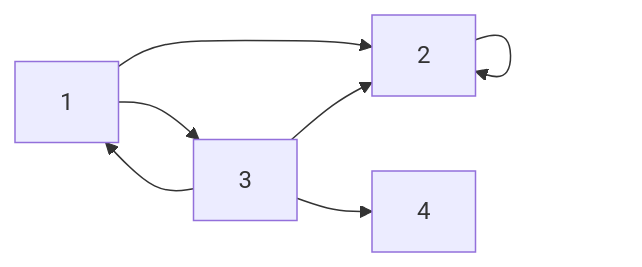
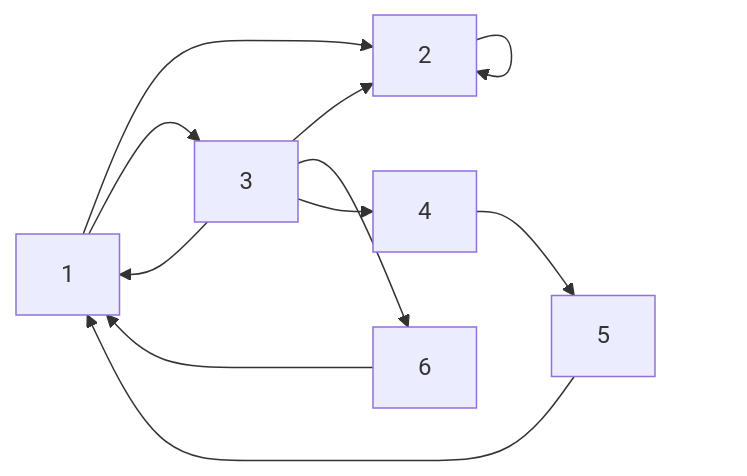
One commit to boddaert/snt changed the second of 3 diagrams in seconde/Web/Moteurs_de_recherche.md. Above: the diagram before and after it, drawn with Mermaid. The commit also changed other lines of this file, not shown here.

````diff
--- a/seconde/Web/Moteurs_de_recherche.md
+++ b/seconde/Web/Moteurs_de_recherche.md
@@ -100,9 +100,13 @@
 ```mermaid
   graph LR;
       1-->2;
       2-->2;
       1-->3;
       3-->2;
       3-->1;
+      3-->6;
+      6-->1;
       3-->4;
+      4-->5;
+      5-->1;
 ```
````
